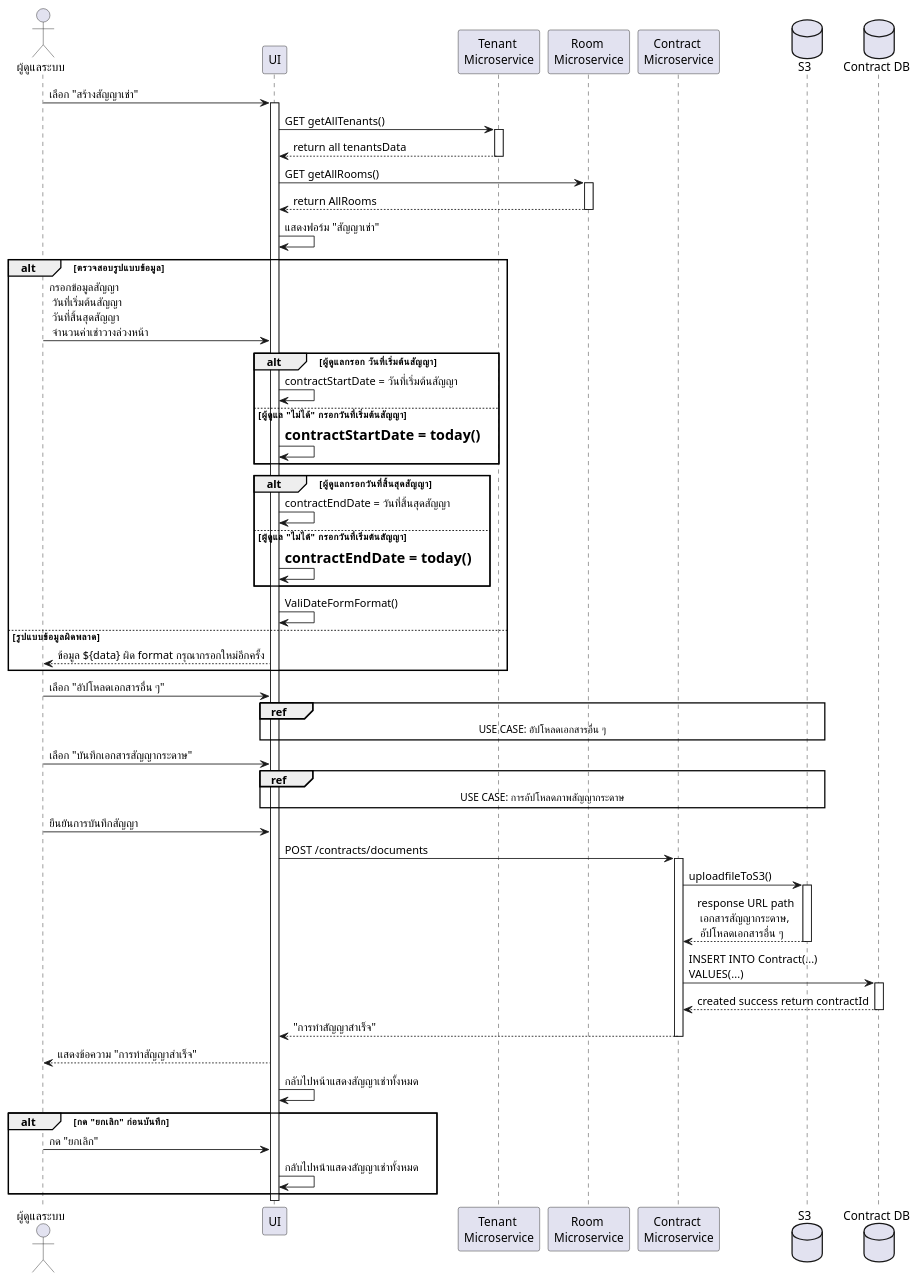
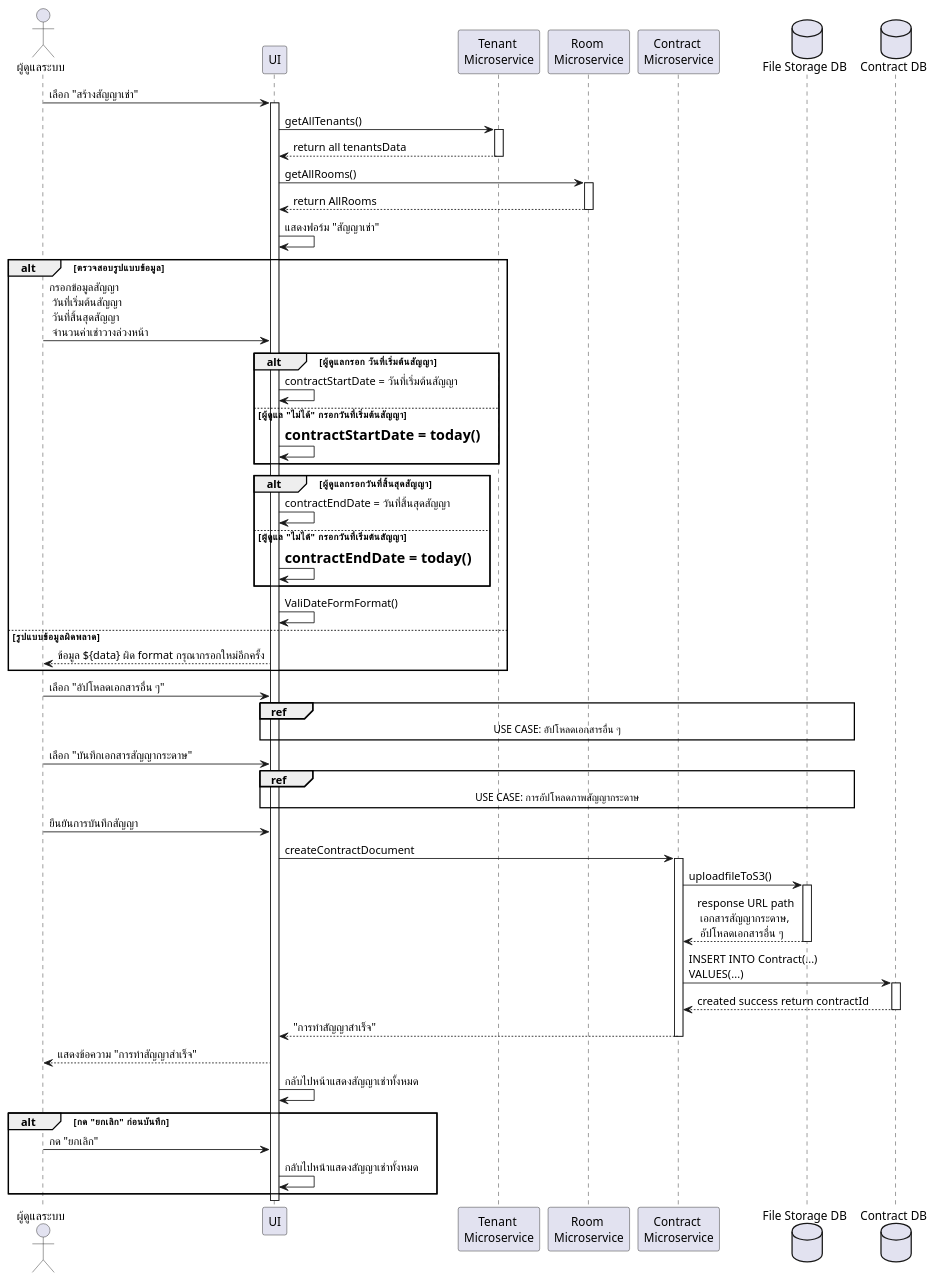
The diagram in usecase09_create_contract.plantuml (warinyang/UML-monthly-room-rent), drawn with PlantUML before and after one commit.

Commit message:
เอาความ api ออก

```diff
--- a/usecase09_create_contract.plantuml
+++ b/usecase09_create_contract.plantuml
@@ -1,83 +1,82 @@
 @startuml
 skinparam defaultFontName "TH Sarabun New"
 
 actor "ผู้ดูแลระบบ" as Admin
 participant "UI" as UI
 participant "Tenant \nMicroservice" as TeMS
 participant "Room \nMicroservice" as RoMS
 
 participant "Contract \nMicroservice" as ConMS
-database "S3" as S3
+database "File Storage DB" as S3
 database "Contract DB" as DB
 
 Admin -> UI      : เลือก "สร้างสัญญาเช่า"
 activate UI
 
 
-UI -> TeMS         : GET getAllTenants()
+UI -> TeMS         :  getAllTenants()
 activate TeMS
 TeMS-->UI:  return all tenantsData 
 deactivate TeMS
 
 
-UI -> RoMS         : GET getAllRooms()
+UI -> RoMS         :  getAllRooms()
 activate RoMS
 RoMS --> UI        : return AllRooms
 deactivate RoMS
 
 
 UI -> UI         : แสดงฟอร์ม "สัญญาเช่า"
 alt ตรวจสอบรูปแบบข้อมูล
 Admin -> UI      : กรอกข้อมูลสัญญา\n วันที่เริ่มต้นสัญญา \n วันที่สิ้นสุดสัญญา \n จำนวนค่าเช่าวางล่วงหน้า
 
 alt ผู้ดูแลกรอก วันที่เริ่มต้นสัญญา
 UI -> UI         :  contractStartDate = วันที่เริ่มต้นสัญญา
 else ผู้ดูแล "ไม่ได้" กรอกวันที่เริ่มต้นสัญญา 
 UI -> UI         :  =contractStartDate = today()
 end
 
 alt ผู้ดูแลกรอกวันที่สิ้นสุดสัญญา
 UI -> UI         :  contractEndDate = วันที่สิ้นสุดสัญญา
 else ผู้ดูแล "ไม่ได้" กรอกวันที่เริ่มต้นสัญญา 
 UI -> UI         :  =contractEndDate = today()
 end
 
 UI -> UI  : ValiDateFormFormat()
 
 else รูปแบบข้อมูลผิดพลาด
 UI --> Admin: ข้อมูล ${data} ผิด format กรุณากรอกใหม่อีกครั้ง
 end
 Admin -> UI      : เลือก "อัปโหลดเอกสารอื่น ๆ"
 ref over UI, S3 : USE CASE: อัปโหลดเอกสารอื่น ๆ 
 
 Admin -> UI      : เลือก "บันทึกเอกสารสัญญากระดาษ"
 ref over UI, S3 : USE CASE: การอัปโหลดภาพสัญญากระดาษ
 
 Admin -> UI      : ยืนยันการบันทึกสัญญา
 
-
-UI -> ConMS         : POST /contracts/documents
+UI -> ConMS         : createContractDocument
 activate ConMS
 
 ConMS -> S3: uploadfileToS3()
 activate S3
 S3 --> ConMS: response URL path \n เอกสารสัญญากระดาษ, \n อัปโหลดเอกสารอื่น ๆ
 deactivate S3
 
 
 ConMS -> DB:  INSERT INTO Contract(...)\nVALUES(...)
 activate DB
 DB --> ConMS: created success return contractId
 deactivate DB
 ConMS --> UI        : "การทำสัญญาสำเร็จ"
 deactivate ConMS
 
 UI --> Admin    : แสดงข้อความ "การทำสัญญาสำเร็จ"
 UI -> UI         : กลับไปหน้าแสดงสัญญาเช่าทั้งหมด
 
 alt กด "ยกเลิก" ก่อนบันทึก
     Admin -> UI      : กด "ยกเลิก"
     UI -> UI         : กลับไปหน้าแสดงสัญญาเช่าทั้งหมด
 end
 
 @enduml
```
